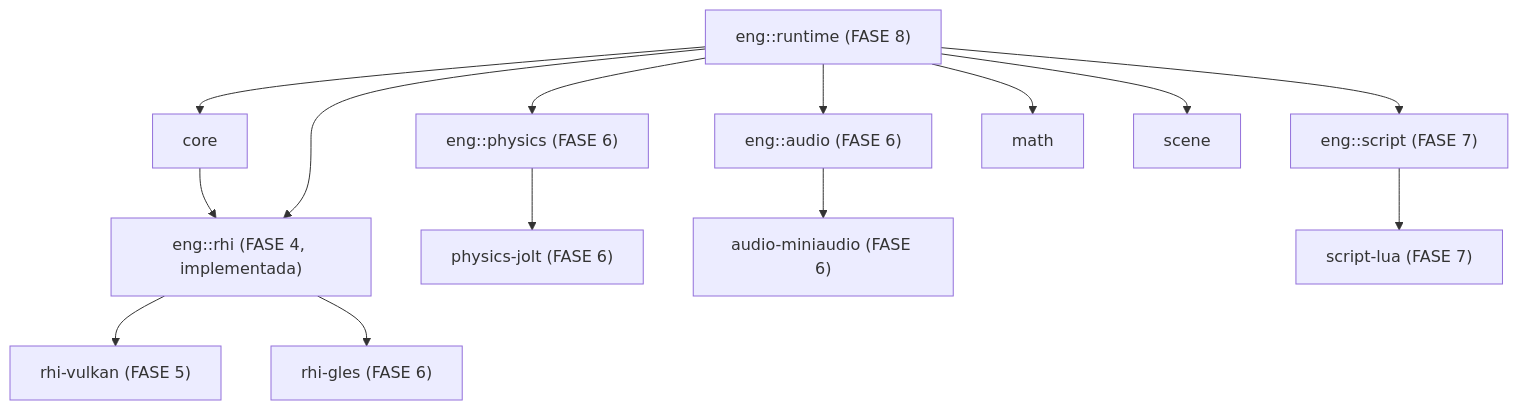
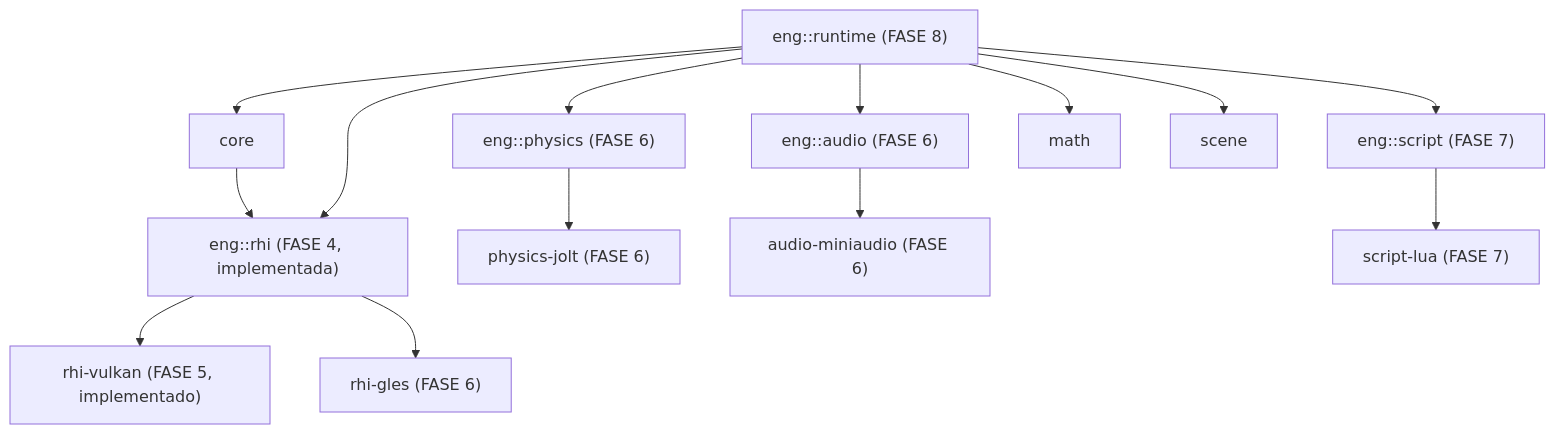
One commit to criandojogodenovo-sketch/g.oni changed the second of 2 diagrams in docs/architecture/00-overview.md. Above: the diagram before and after it, drawn with Mermaid. The commit also changed other lines of this file and 23 other files, not shown here.

````diff
--- a/docs/architecture/00-overview.md
+++ b/docs/architecture/00-overview.md
@@ -105,10 +106,10 @@
 ```mermaid
 graph TD
     core --> rhi["eng::rhi (FASE 4, implementada)"]
-    rhi --> rhi_vulkan["rhi-vulkan (FASE 5)"]
+    rhi --> rhi_vulkan["rhi-vulkan (FASE 5, implementado)"]
     rhi --> rhi_gl["rhi-gles (FASE 6)"]
     physics["eng::physics (FASE 6)"] --> physics_jolt["physics-jolt (FASE 6)"]
     audio["eng::audio (FASE 6)"] --> audio_ma["audio-miniaudio (FASE 6)"]
     script["eng::script (FASE 7)"] --> script_lua["script-lua (FASE 7)"]
     runtime["eng::runtime (FASE 8)"] --> core & math & scene & rhi & physics & audio & script
 ```
````
